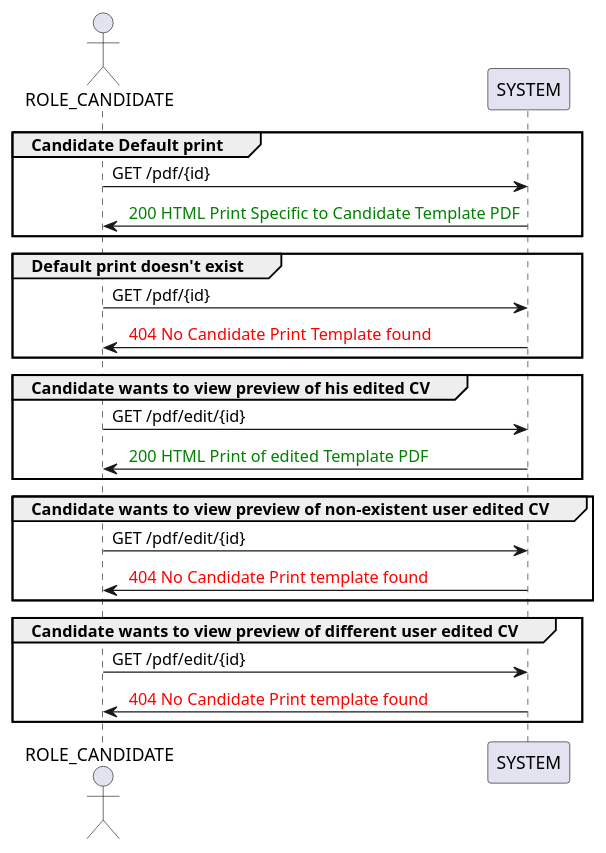
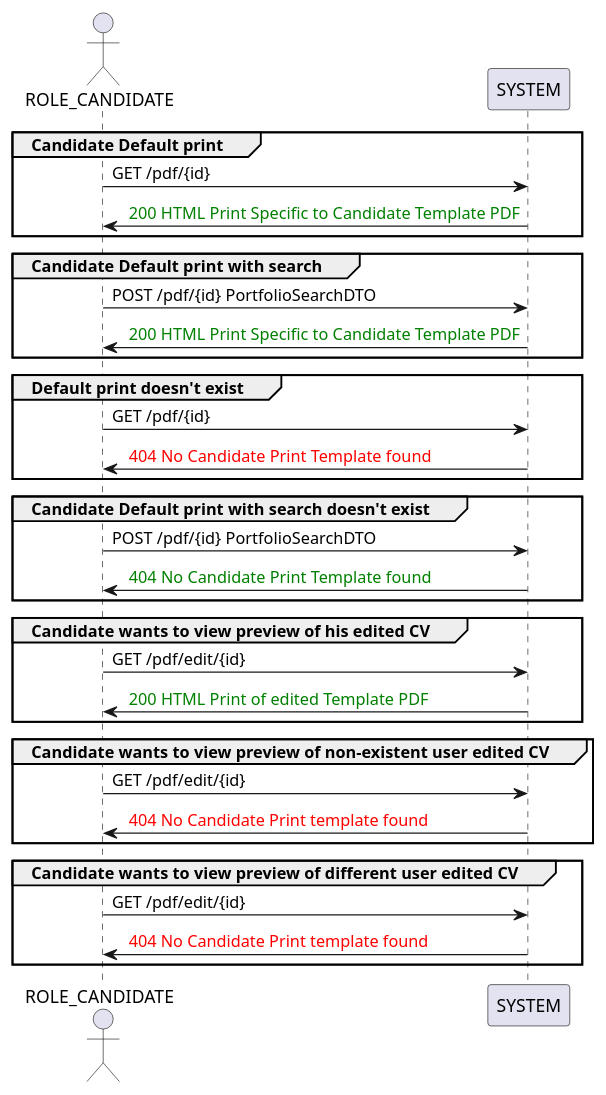
One commit to kane16/portfolio-server changed the second of 3 diagrams in KB/CV View/CV View.md. Above: the diagram before and after it, drawn with PlantUML. The commit also changed other lines of this file and 24 other files, not shown here.

````diff
--- a/KB/CV View/CV View.md
+++ b/KB/CV View/CV View.md
@@ -21,24 +26,32 @@
 ```plantuml
 actor ROLE_CANDIDATE as candidate
 participant SYSTEM as system
 group Candidate Default print
 candidate -> system: GET /pdf/{id} 
 system -> candidate: <font color=green> 200 HTML Print Specific to Candidate Template PDF
 end
+group Candidate Default print with search
+candidate -> system: POST /pdf/{id} PortfolioSearchDTO 
+system -> candidate: <font color=green> 200 HTML Print Specific to Candidate Template PDF
+end
 group Default print doesn't exist
 candidate -> system: GET /pdf/{id} 
 system -> candidate: <font color=red> 404 No Candidate Print Template found
+end
+group Candidate Default print with search doesn't exist
+candidate -> system: POST /pdf/{id} PortfolioSearchDTO 
+system -> candidate: <font color=green> 404 No Candidate Print Template found
 end
 group Candidate wants to view preview of his edited CV
 candidate -> system: GET /pdf/edit/{id}
 system -> candidate: <font color=green> 200 HTML Print of edited Template PDF
 end
 group Candidate wants to view preview of non-existent user edited CV
 candidate -> system: GET /pdf/edit/{id}
 system -> candidate: <font color=red> 404 No Candidate Print template found
 end
 group Candidate wants to view preview of different user edited CV
 candidate -> system: GET /pdf/edit/{id}
 system -> candidate: <font color=red> 404 No Candidate Print template found
 end
 ```
````
